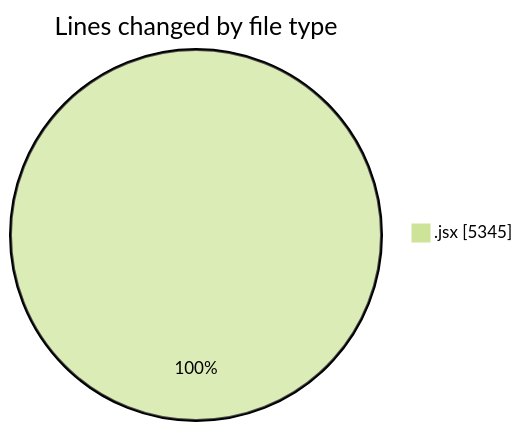
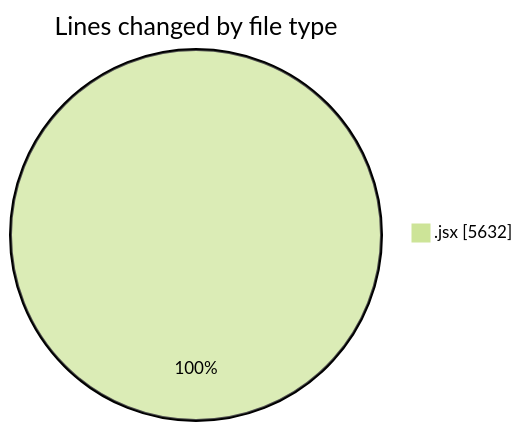
Before and after one commit to nxtqubesakshisongat/code-tracking: the first of 2 diagrams in 2025-09-09/nxtqube_webapp/README.md, drawn with Mermaid (forest theme). The commit also changed other lines of this file and 1 other file, not shown here.

````diff
--- a/2025-09-09/nxtqube_webapp/README.md
+++ b/2025-09-09/nxtqube_webapp/README.md
@@ -21,5 +22,5 @@
 ```mermaid
 pie showData
 title Lines changed by file type
-".jsx" : 5345
+".jsx" : 5632
 ```
````
